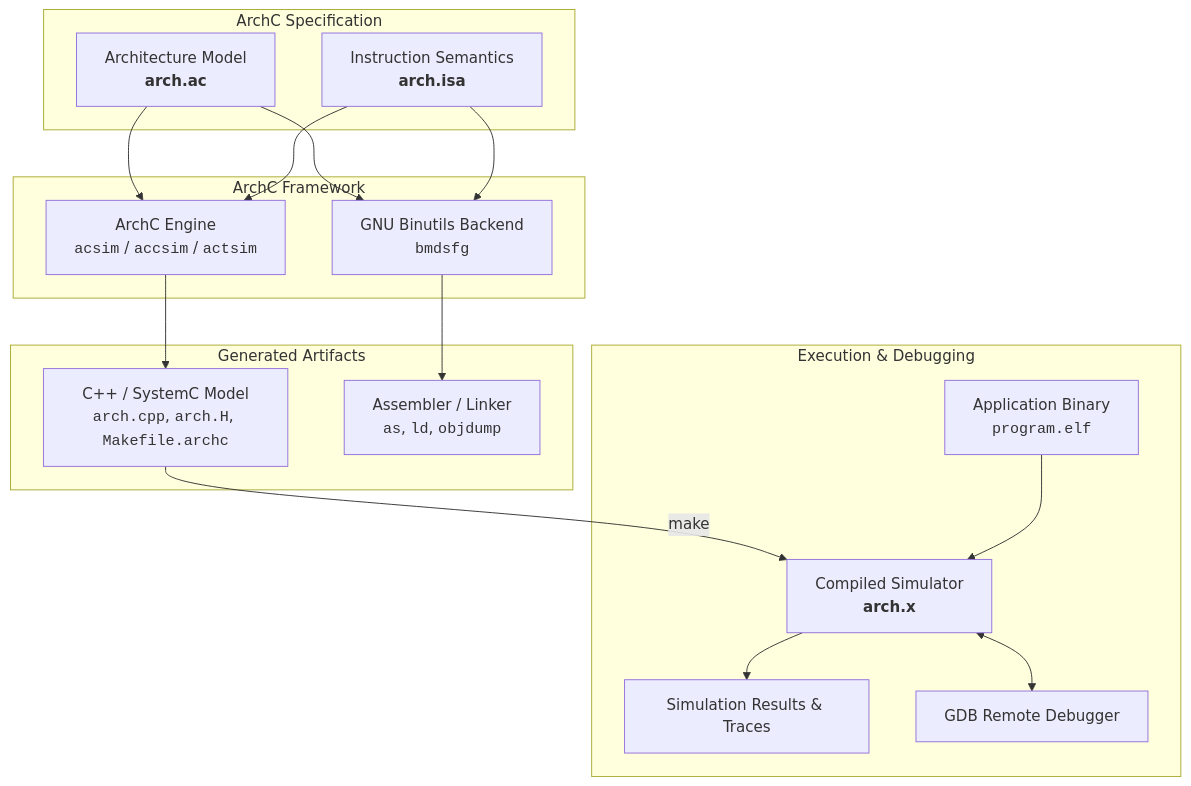
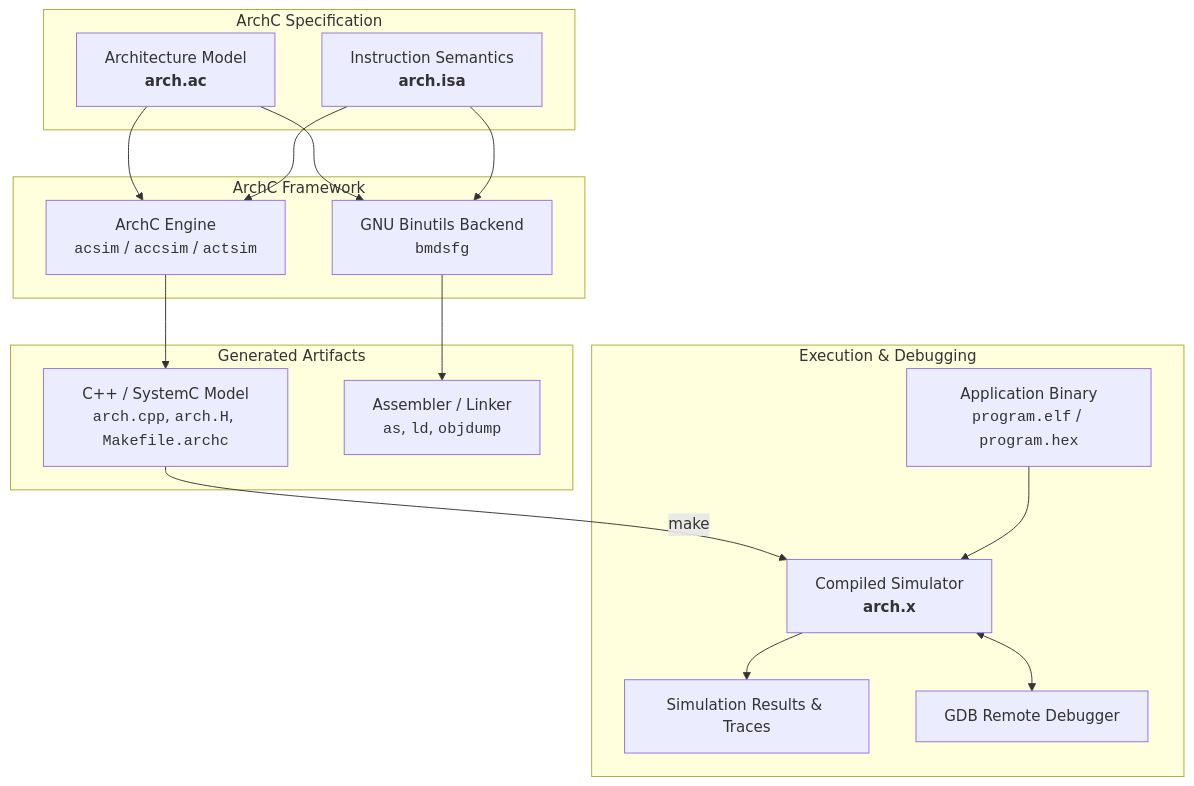
One commit to bivex/ArchC changed the diagram in README.md. Above: the diagram before and after it, drawn with Mermaid. The commit also changed other lines of this file, not shown here.

Commit message:
docs: update main README with full multi-architecture suite, ELF64 support, and benchmark metrics

````diff
--- a/README.md
+++ b/README.md
@@ -46,37 +74,37 @@
 ```mermaid
 flowchart TD
     subgraph ArchC Specification
         A["Architecture Model<br/><b>arch.ac</b>"]
         B["Instruction Semantics<br/><b>arch.isa</b>"]
     end
 
     subgraph ArchC Framework
         C["ArchC Engine<br/><code>acsim</code> / <code>accsim</code> / <code>actsim</code>"]
         D["GNU Binutils Backend<br/><code>bmdsfg</code>"]
     end
 
     subgraph Generated Artifacts
         E["C++ / SystemC Model<br/><code>arch.cpp</code>, <code>arch.H</code>, <code>Makefile.archc</code>"]
         F["Assembler / Linker<br/><code>as</code>, <code>ld</code>, <code>objdump</code>"]
     end
 
     subgraph Execution & Debugging
         G["Compiled Simulator<br/><b>arch.x</b>"]
-        H["Application Binary<br/><code>program.elf</code>"]
+        H["Application Binary<br/><code>program.elf</code> / <code>program.hex</code>"]
         I["Simulation Results & Traces"]
         J["GDB Remote Debugger"]
     end
 
     A --> C
     B --> C
     A --> D
     B --> D
 
     C --> E
     D --> F
 
     E -- make --> G
     H --> G
     G --> I
     G <--> J
 ```
````
